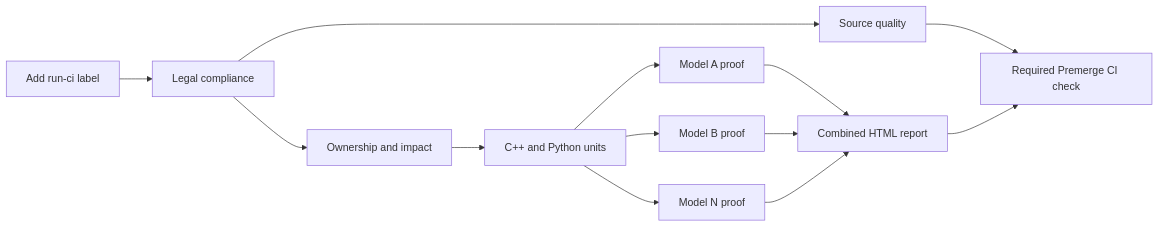
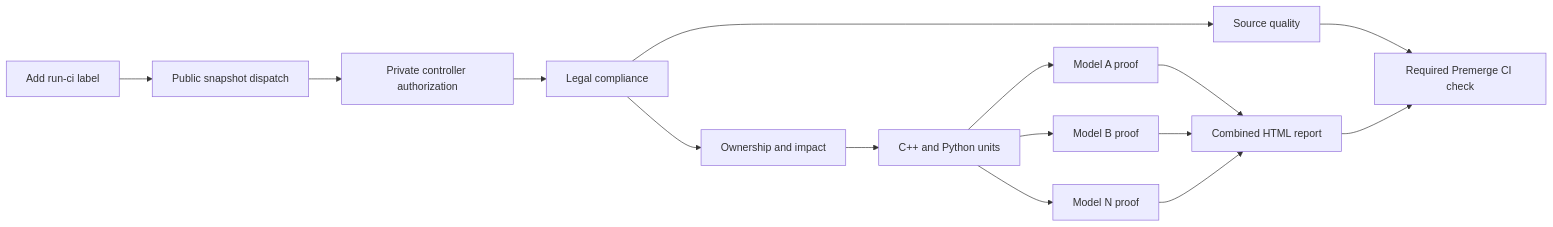
Before and after one commit to NVIDIA/TensorRT-Model-Connect: the diagram in tools/ci/README.md, drawn with Mermaid. The commit also changed other lines of this file and 54 other files, not shown here.

Commit message:
ci: dispatch checks to private control plane

````diff
--- a/tools/ci/README.md
+++ b/tools/ci/README.md
@@ -16,15 +18,17 @@
 ```mermaid
 flowchart LR
-    A[Add run-ci label] --> B[Legal compliance]
-    B --> C[Ownership and impact]
-    B --> D[Source quality]
+    A[Add run-ci label] --> P[Public snapshot dispatch]
+    P --> B[Private controller authorization]
+    B --> L[Legal compliance]
+    L --> C[Ownership and impact]
+    L --> D[Source quality]
     C --> E[C++ and Python units]
     E --> F1[Model A proof]
     E --> F2[Model B proof]
     E --> FN[Model N proof]
     F1 --> G[Combined HTML report]
     F2 --> G
     FN --> G
     D --> H[Required Premerge CI check]
     G --> H
 ```
````
